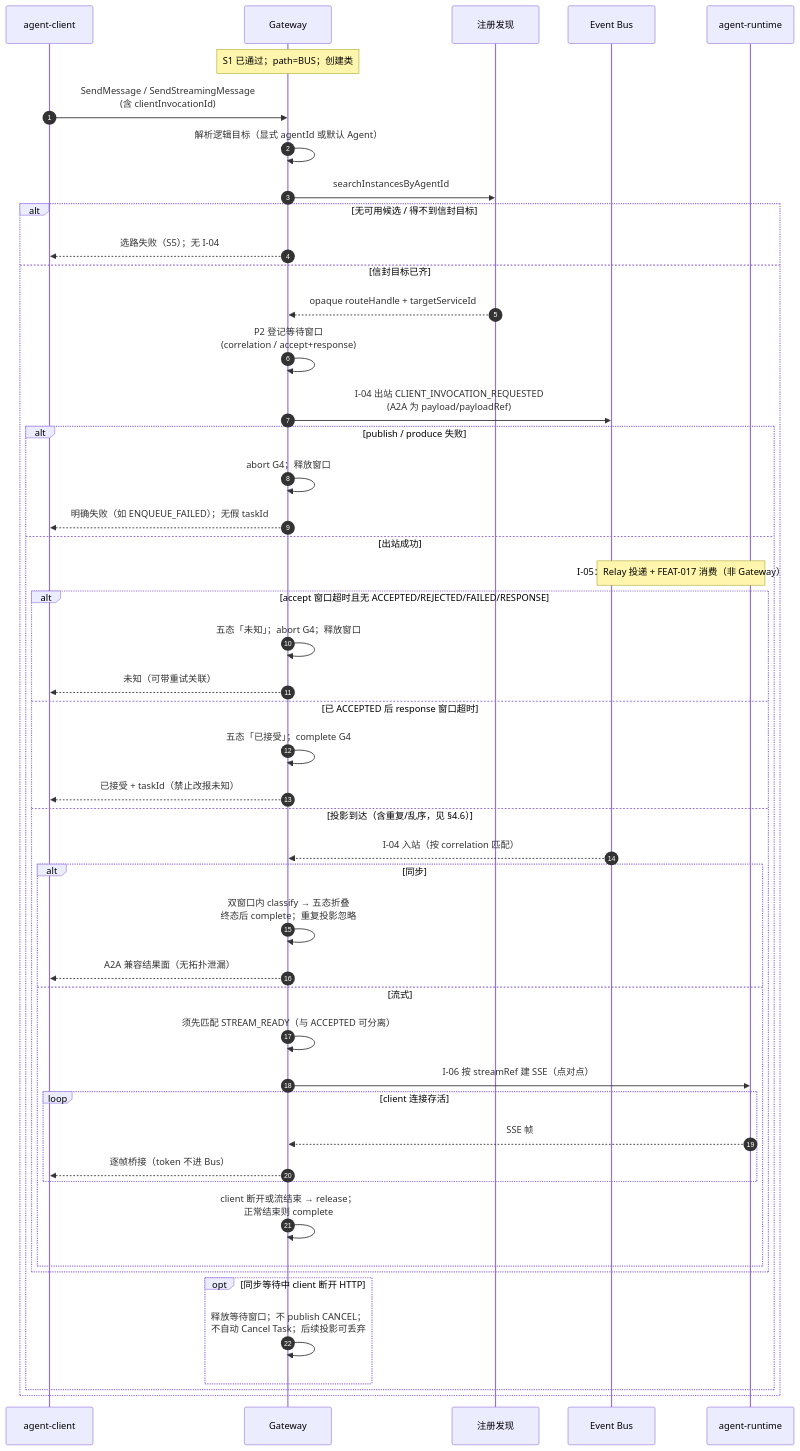
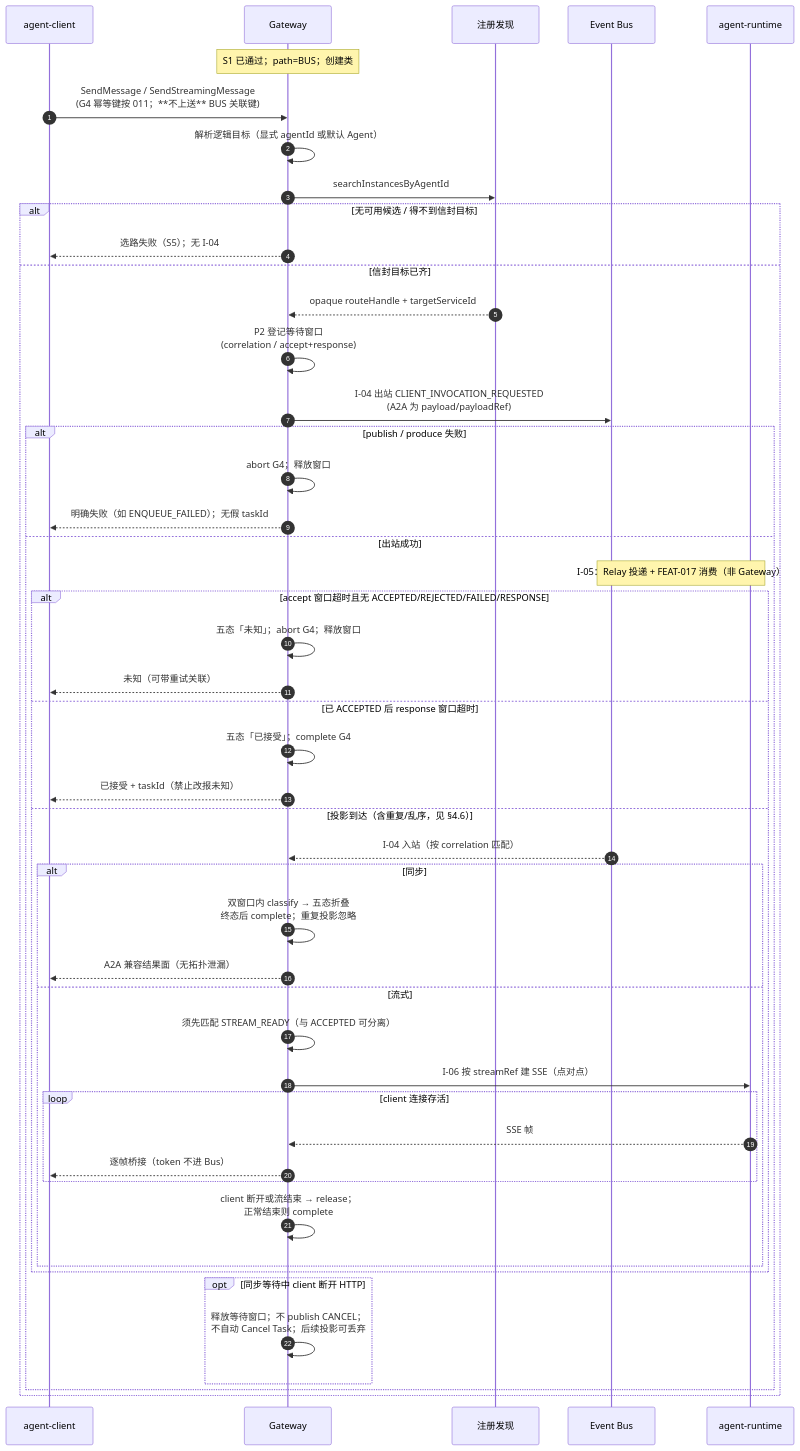
Before and after one commit to chaosxingxc-orion/spring-ai-ascend: the first of 4 diagrams in architecture/L2-Low-Level-Design/agent-gateway/Feat-Func-012-client-invocation-bus-forwarding.md, drawn with Mermaid. The commit also changed other lines of this file, not shown here.

First line of the commit message:
docs(gateway): FEAT-012 freeze §4.10 strategy B (client zero-delta)

````diff
--- a/architecture/L2-Low-Level-Design/agent-gateway/Feat-Func-012-client-invocation-bus-forwarding.md
+++ b/architecture/L2-Low-Level-Design/agent-gateway/Feat-Func-012-client-invocation-bus-forwarding.md
@@ -554,51 +554,51 @@
 ```mermaid
 sequenceDiagram
   autonumber
   participant C as agent-client
   participant GW as Gateway
   participant RDC as 注册发现
   participant Bus as Event Bus
   participant RT as agent-runtime
 
   Note over GW: S1 已通过；path=BUS；创建类
-  C->>GW: SendMessage / SendStreamingMessage<br/>(含 clientInvocationId)
+  C->>GW: SendMessage / SendStreamingMessage<br/>(G4 幂等键按 011；**不上送** BUS 关联键)
   GW->>GW: 解析逻辑目标（显式 agentId 或默认 Agent）
   GW->>RDC: searchInstancesByAgentId
   alt 无可用候选 / 得不到信封目标
     GW-->>C: 选路失败（S5）；无 I-04
   else 信封目标已齐
     RDC-->>GW: opaque routeHandle + targetServiceId
     GW->>GW: P2 登记等待窗口<br/>(correlation / accept+response)
     GW->>Bus: I-04 出站 CLIENT_INVOCATION_REQUESTED<br/>(A2A 为 payload/payloadRef)
     alt publish / produce 失败
       GW->>GW: abort G4；释放窗口
       GW-->>C: 明确失败（如 ENQUEUE_FAILED）；无假 taskId
     else 出站成功
       Note over Bus,RT: I-05：Relay 投递 + FEAT-017 消费（非 Gateway）
       alt accept 窗口超时且无 ACCEPTED/REJECTED/FAILED/RESPONSE
         GW->>GW: 五态「未知」；abort G4；释放窗口
         GW-->>C: 未知（可带重试关联）
       else 已 ACCEPTED 后 response 窗口超时
         GW->>GW: 五态「已接受」；complete G4
         GW-->>C: 已接受 + taskId（禁止改报未知）
       else 投影到达（含重复/乱序，见 §4.6）
         Bus-->>GW: I-04 入站（按 correlation 匹配）
         alt 同步
           GW->>GW: 双窗口内 classify → 五态折叠<br/>终态后 complete；重复投影忽略
           GW-->>C: A2A 兼容结果面（无拓扑泄漏）
         else 流式
           GW->>GW: 须先匹配 STREAM_READY（与 ACCEPTED 可分离）
           GW->>RT: I-06 按 streamRef 建 SSE（点对点）
           loop client 连接存活
             RT-->>GW: SSE 帧
             GW-->>C: 逐帧桥接（token 不进 Bus）
           end
           GW->>GW: client 断开或流结束 → release；<br/>正常结束则 complete
         end
       end
       opt 同步等待中 client 断开 HTTP
         GW->>GW: 释放等待窗口；不 publish CANCEL；<br/>不自动 Cancel Task；后续投影可丢弃
       end
     end
   end
 ```
````
